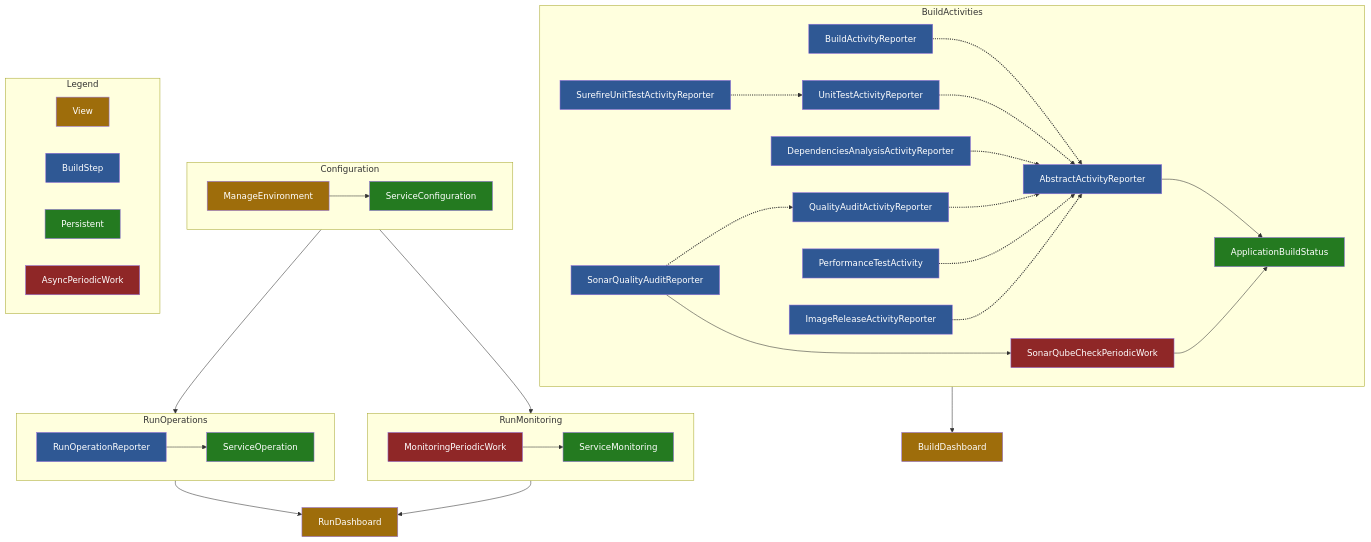
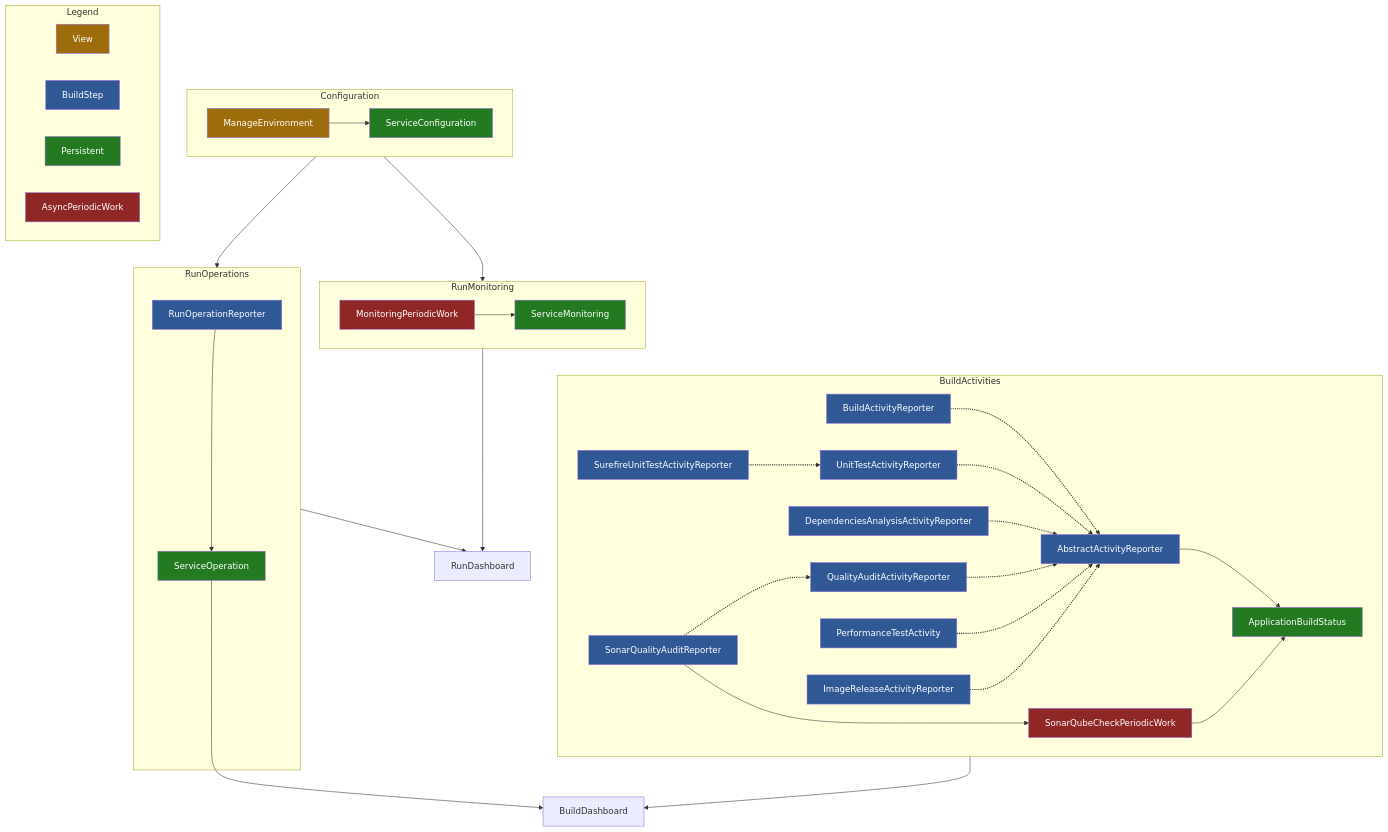
Before and after one commit to jenkinsci/devops-portal-plugin: the diagram in README.md, drawn with Mermaid. The commit also changed other lines of this file, not shown here.

````diff
--- a/README.md
+++ b/README.md
@@ -377,47 +377,48 @@
 ```mermaid
 flowchart TB
     subgraph Configuration
     ManageEnvironment:::view --> ServiceConfiguration:::entity
     end
     
+    subgraph RunMonitoring
+    MonitoringPeriodicWork:::worker --> ServiceMonitoring:::entity
+    end
+    
     subgraph RunOperations
     RunOperationReporter:::reporter --> ServiceOperation:::entity
-    end
-    
-    subgraph RunMonitoring
-    MonitoringPeriodicWork:::worker --> ServiceMonitoring:::entity
     end
     
     subgraph BuildActivities
     BuildActivityReporter:::reporter -.-> AbstractActivityReporter:::reporter
     UnitTestActivityReporter:::reporter -.-> AbstractActivityReporter:::reporter
     SurefireUnitTestActivityReporter:::reporter -.-> UnitTestActivityReporter:::reporter
     DependenciesAnalysisActivityReporter:::reporter -.-> AbstractActivityReporter:::reporter
     QualityAuditActivityReporter:::reporter -.-> AbstractActivityReporter:::reporter
     SonarQualityAuditReporter:::reporter -.-> QualityAuditActivityReporter:::reporter
     PerformanceTestActivity:::reporter -.-> AbstractActivityReporter:::reporter
     ImageReleaseActivityReporter:::reporter -.-> AbstractActivityReporter:::reporter
     AbstractActivityReporter:::reporter --> ApplicationBuildStatus:::entity
     SonarQualityAuditReporter:::reporter --> SonarQubeCheckPeriodicWork:::worker
     SonarQubeCheckPeriodicWork:::worker --> ApplicationBuildStatus:::entity
     end
     
     subgraph Legend
     View:::view
     BuildStep:::reporter
     Persistent:::entity
     AsyncPeriodicWork:::worker
     end
     
     Configuration --> RunOperations
     Configuration --> RunMonitoring
-    RunOperations --> RunDashboard:::view
-    RunMonitoring --> RunDashboard:::view
-    BuildActivities --> BuildDashboard:::view
+    RunOperations --> RunDashboard
+    RunMonitoring --> RunDashboard
+    BuildActivities --> BuildDashboard
+    ServiceOperation --> BuildDashboard
     
     classDef view fill:#9e6d0b,color:#fff
     classDef reporter fill:#2f5894,color:#fff
     classDef entity fill:#247a20,color:#fff
     classDef worker fill:#8f2727,color:#fff
     linkStyle 3,4,5,6,7,8,9,10 stroke-width:2px,fill:none
 ```
````
